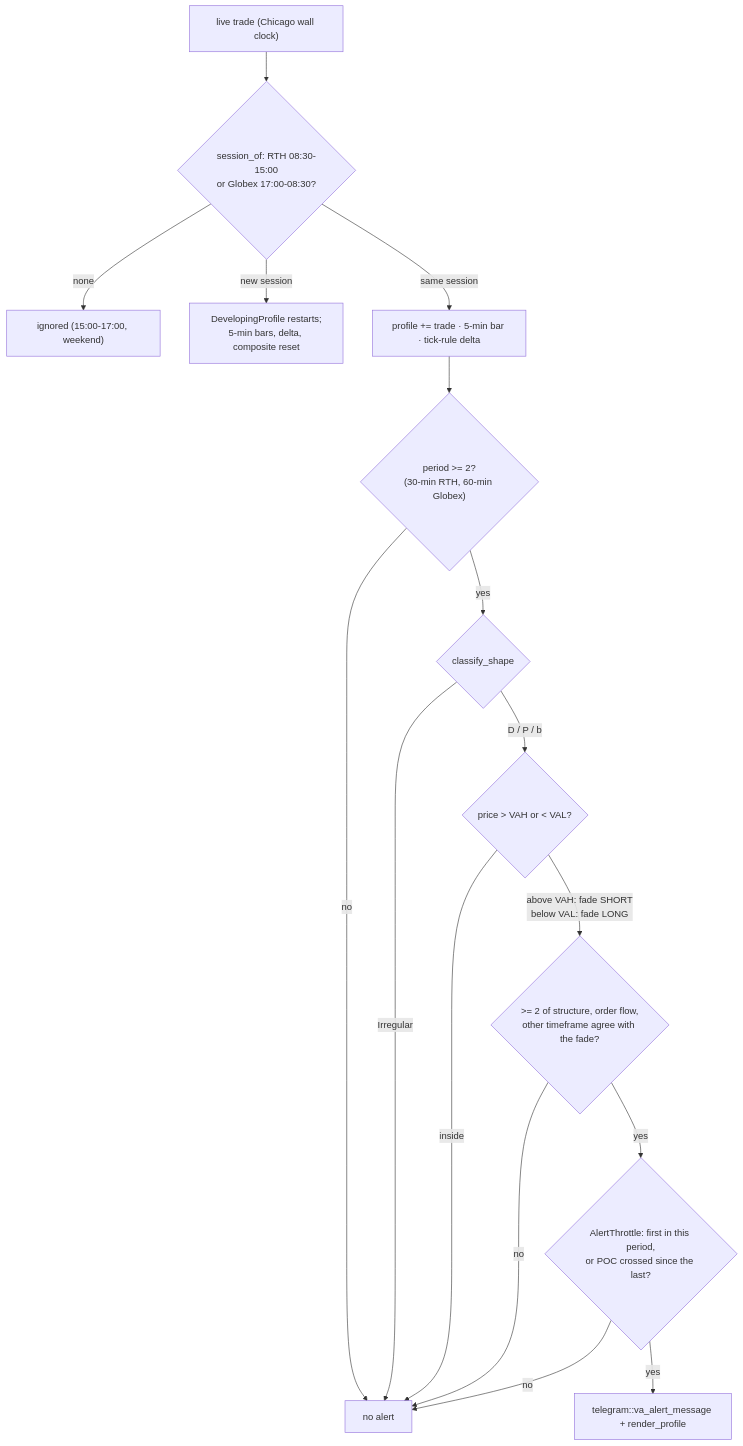
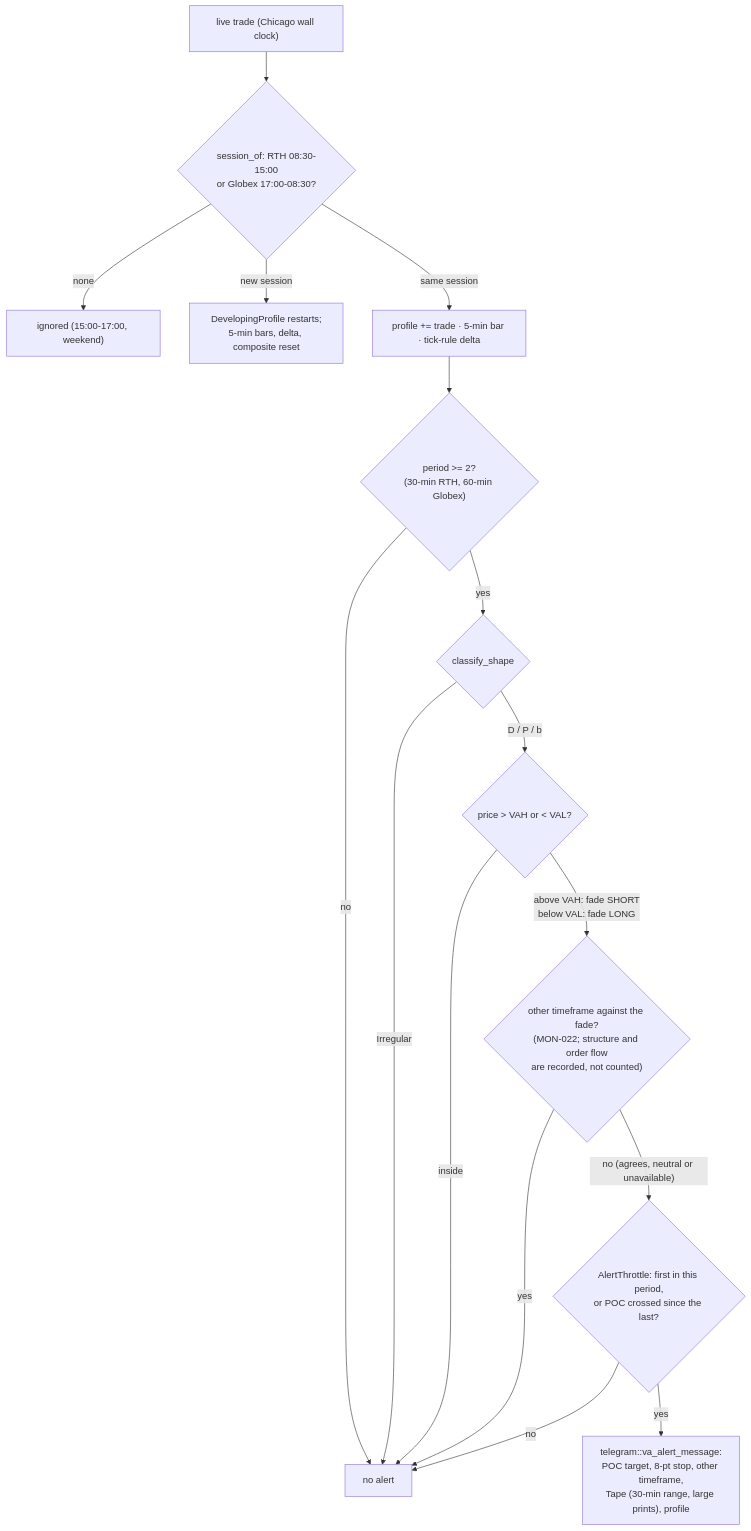
One commit to chopanpma/bilore-monitor changed the diagram in docs/va_alert.md. Above: the diagram before and after it, drawn with Mermaid. The commit also changed other lines of this file and 15 other files, not shown here.

First line of the commit message:
Value-area alert: other timeframe veto, POC target, 8-pt stop (MON-022); per-strategy execution mode (MON-023)

````diff
--- a/docs/va_alert.md
+++ b/docs/va_alert.md
@@ -9,18 +10,18 @@
 ```mermaid
 flowchart TD
     Tick["live trade (Chicago wall clock)"] --> Sess{"session_of: RTH 08:30-15:00\nor Globex 17:00-08:30?"}
     Sess -- none --> Skip["ignored (15:00-17:00, weekend)"]
     Sess -- "new session" --> Reset["DevelopingProfile restarts;\n5-min bars, delta, composite reset"]
     Sess -- "same session" --> Feed["profile += trade · 5-min bar · tick-rule delta"]
     Feed --> Early{"period >= 2?\n(30-min RTH, 60-min Globex)"}
     Early -- no --> Skip2["no alert"]
     Early -- yes --> Shape{"classify_shape"}
     Shape -- Irregular --> Skip2
     Shape -- "D / P / b" --> Side{"price > VAH or < VAL?"}
     Side -- inside --> Skip2
-    Side -- "above VAH: fade SHORT\nbelow VAL: fade LONG" --> Count{">= 2 of structure, order flow,\nother timeframe agree with the fade?"}
-    Count -- no --> Skip2
-    Count -- yes --> Thr{"AlertThrottle: first in this period,\nor POC crossed since the last?"}
+    Side -- "above VAH: fade SHORT\nbelow VAL: fade LONG" --> Count{"other timeframe against the fade?\n(MON-022; structure and order flow\nare recorded, not counted)"}
+    Count -- yes --> Skip2
+    Count -- "no (agrees, neutral or unavailable)" --> Thr{"AlertThrottle: first in this period,\nor POC crossed since the last?"}
     Thr -- no --> Skip2
-    Thr -- yes --> Send["telegram::va_alert_message + render_profile"]
+    Thr -- yes --> Send["telegram::va_alert_message:\nPOC target, 8-pt stop, other timeframe,\nTape (30-min range, large prints), profile"]
 ```
````
